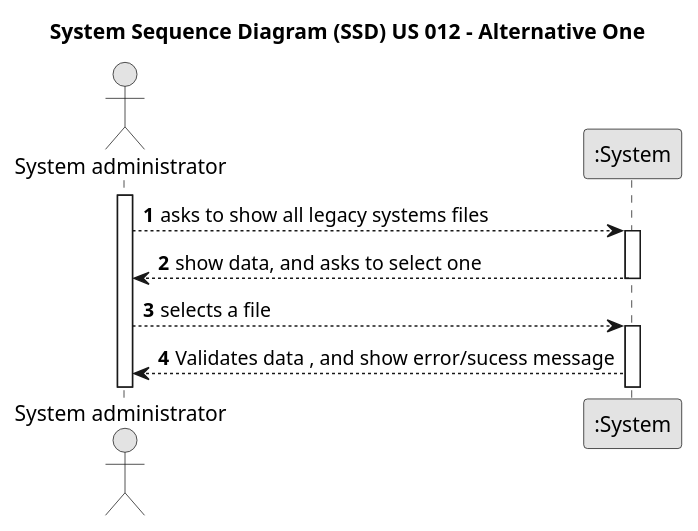
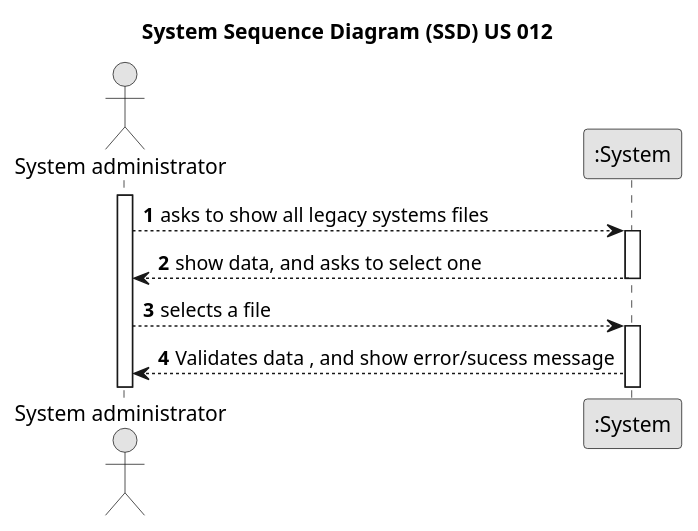
The diagram in docs/sprintC/us012/01.requirements-engineering/puml/us012-system-sequence-diagram.puml (1220812/LAPR2), drawn with PlantUML before and after one commit. The commit also changed 6 other files, not shown here.

```diff
--- a/docs/sprintC/us012/01.requirements-engineering/puml/us012-system-sequence-diagram.puml
+++ b/docs/sprintC/us012/01.requirements-engineering/puml/us012-system-sequence-diagram.puml
@@ -1,27 +1,27 @@
 @startuml
 skinparam monochrome true
 skinparam packageStyle rectangle
 skinparam shadowing false
 
-title System Sequence Diagram (SSD) US 012 - Alternative One
+title System Sequence Diagram (SSD) US 012
 
 autonumber
 
 actor "System administrator" as Sa
 participant ":System" as System
 
 activate Sa
 
             Sa --> System : asks to show all legacy systems files
         activate System
 
             System --> Sa : show data, and asks to select one
             deactivate System
 
             Sa ---> System : selects a file
             activate System
 
             System --> Sa : Validates data , and show error/sucess message
 
 
 @enduml
```
